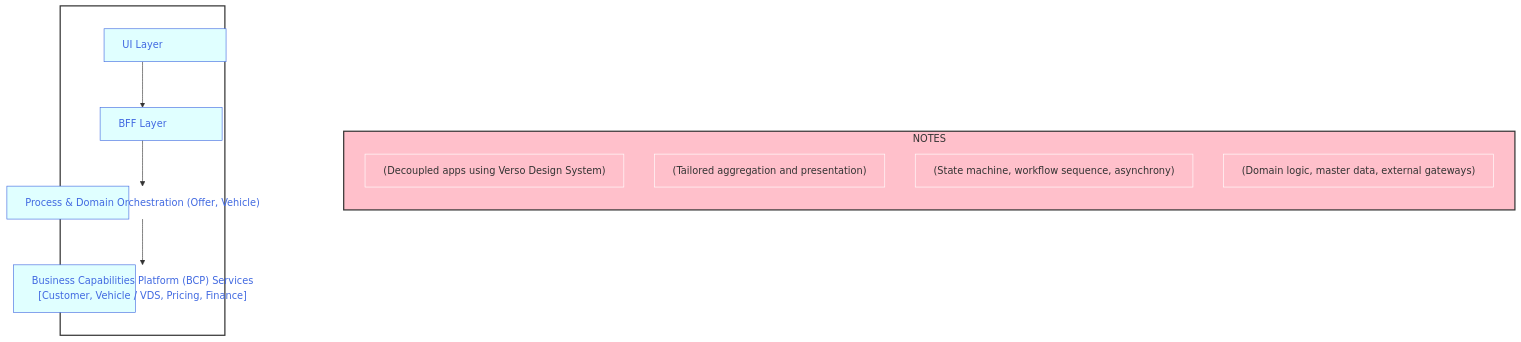
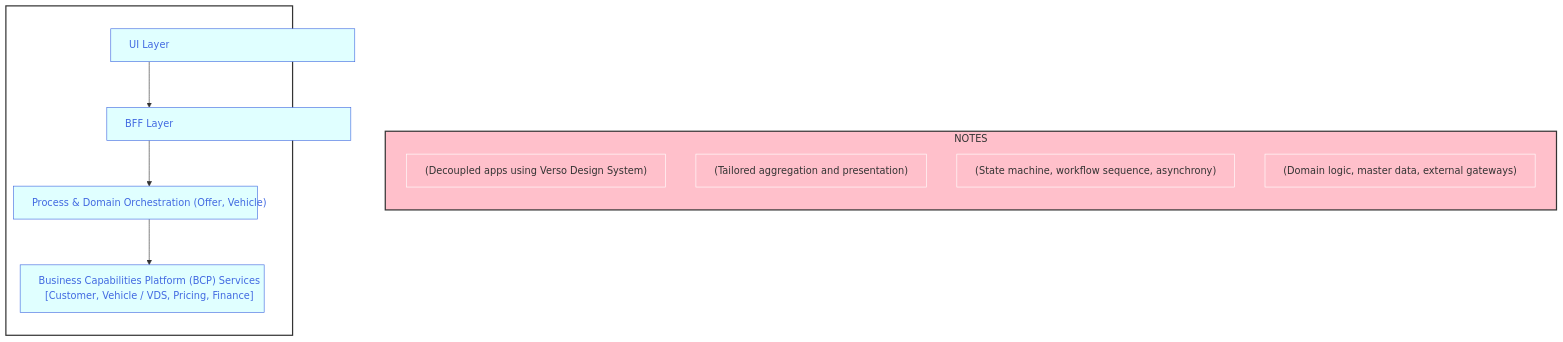
Before and after one commit to joe-dorward/samples: the diagram in buttons_mermaid_v3.md, drawn with Mermaid.

````diff
--- a/buttons_mermaid_v3.md
+++ b/buttons_mermaid_v3.md
@@ -3,49 +3,49 @@
 ```mermaid
   %%{
     init: {"flowchart": { "markdownAutoWrap":"false", "textWrap":"false", "wrappingWidth": "100%" }
     }
   }%%
   flowchart LR
 
-  classDef Button fill:lightcyan, stroke:royalblue, color:royalblue, width:200px;
+  classDef Button fill:lightcyan, stroke:royalblue, color:royalblue, width:400px;
   classDef Note fill:transparent, stroke:white, text-align:left;
   %% ---------- ---------- ---------- ---------- ---------- ---------- ---------- ---------- ---------- ----------
   subgraph BUTTONS
     direction TD
 
     BUTTON_01["UI Layer"]:::Button
     click BUTTON_01 "https://en.wikipedia.org/wiki/Main_Page" _blank
 
     BUTTON_02["BFF Layer"]:::Button
     click BUTTON_02 "https://en.wikipedia.org/wiki/Main_Page" _blank
 
     BUTTON_03["Process & Domain Orchestration (Offer, Vehicle)"]:::Button
     click BUTTON_03 "https://en.wikipedia.org/wiki/Main_Page" _blank
 
     BUTTON_04["Business Capabilities Platform (BCP) Services<br/>[Customer, Vehicle / VDS, Pricing, Finance]"]:::Button
     click BUTTON_04 "https://en.wikipedia.org/wiki/Main_Page" _blank
   end
 
   %% ---------- ---------- ---------- ---------- ---------- ---------- ---------- ---------- ---------- ----------
   subgraph NOTES
     direction TD
     BUTTON_01_NOTE["(Decoupled apps using Verso Design System)"]:::Note
     BUTTON_02_NOTE["(Tailored aggregation and presentation)"]:::Note
     BUTTON_03_NOTE["(State machine, workflow sequence, asynchrony)"]:::Note
     BUTTON_04_NOTE["(Domain logic, master data, external gateways)"]:::Note
   end
   %% ---------- ---------- ---------- ---------- ---------- ---------- ---------- ---------- ---------- ----------
   %% invisibly connect BUTTONS (sub-graph) to NOTES (sub-graph)
   BUTTONS~~~
   NOTES
   %% ---------- ---------- ---------- ---------- ---------- ---------- ---------- ---------- ---------- ----------
   %% connect buttons
   BUTTON_01-->
   BUTTON_02-->
   BUTTON_03-->
   BUTTON_04
   %% ---------- ---------- ---------- ---------- ---------- ---------- ---------- ---------- ---------- ----------
   style BUTTONS fill:transparent,color:white,stroke:#333,stroke-width:2px
   style NOTES fill:pink,stroke:#333,stroke-width:2px
 
 ```
````
